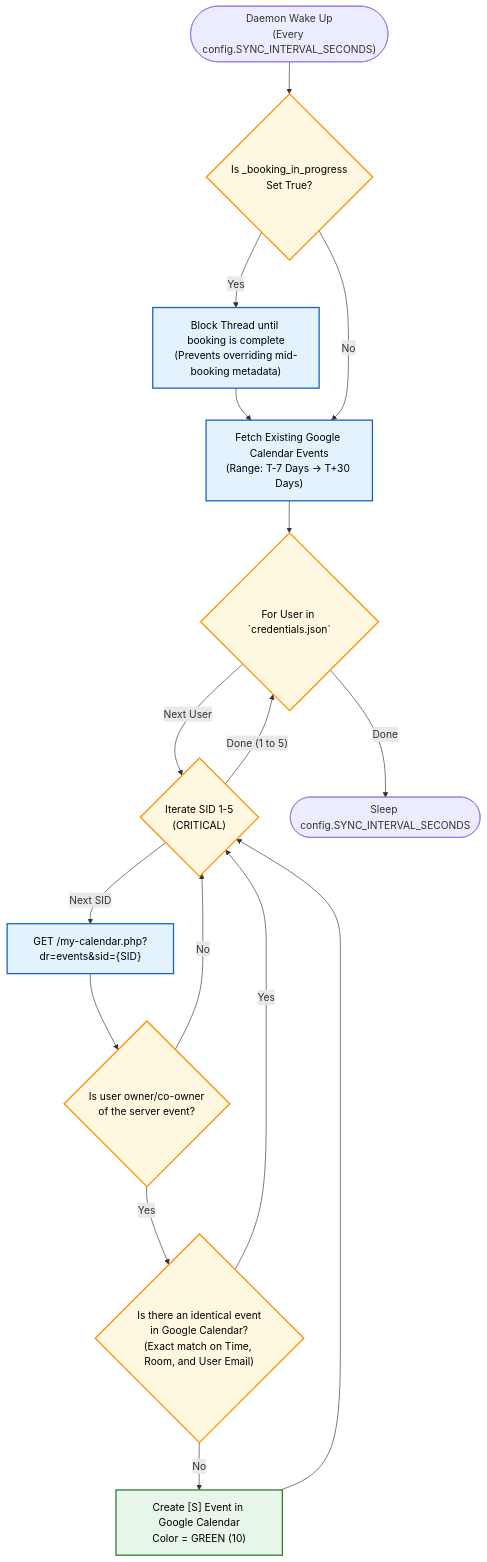
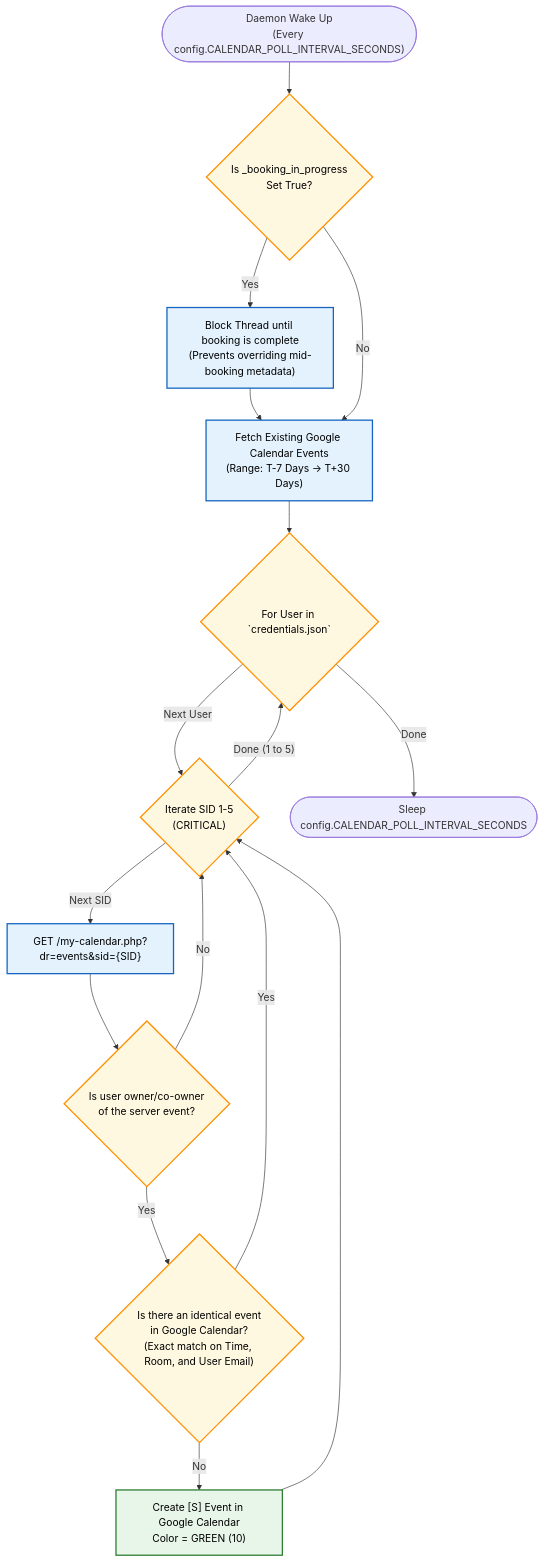
Before and after one commit to duck-5/BookingAgent: the second of 3 diagrams in docs/diagrams.md, drawn with Mermaid. The commit also changed other lines of this file and 1 other file, not shown here.

Commit message:
docs: update booking rules and architecture diagrams

````diff
--- a/docs/diagrams.md
+++ b/docs/diagrams.md
@@ -81,32 +81,32 @@
 ```mermaid
 flowchart TD
     %% --- STYLING ---
     classDef sync fill:#E8F5E9,stroke:#2E7D32,stroke-width:2px,color:#000;
     classDef decision fill:#FFF8E1,stroke:#FF8F00,stroke-width:2px,color:#000;
     classDef fetch fill:#E3F2FD,stroke:#1565C0,stroke-width:2px,color:#000;
 
-    Start(["Daemon Wake Up<br>(Every config.SYNC_INTERVAL_SECONDS)"]) --> CheckLock{"Is _booking_in_progress<br>Set True?"}:::decision
+    Start(["Daemon Wake Up<br>(Every config.CALENDAR_POLL_INTERVAL_SECONDS)"]) --> CheckLock{"Is _booking_in_progress<br>Set True?"}:::decision
     
     CheckLock -- Yes --> Pause["Block Thread until booking is complete<br>(Prevents overriding mid-booking metadata)"]:::fetch
     Pause --> FetchGCal
     
     CheckLock -- No --> FetchGCal["Fetch Existing Google Calendar Events<br>(Range: T-7 Days -> T+30 Days)"]:::fetch
     
     FetchGCal --> UserLoop{"For User in `credentials.json`"}:::decision
     
     UserLoop -- Next User --> SidLoop{"Iterate SID 1-5<br>(CRITICAL)"}:::decision
     
     SidLoop -- Next SID --> GET["GET /my-calendar.php?dr=events&sid={SID}"]:::fetch
     
     GET --> FilterMine{"Is user owner/co-owner<br>of the server event?"}:::decision
     FilterMine -- No --> SidLoop
     FilterMine -- Yes --> CheckDuplicate{"Is there an identical event<br>in Google Calendar?<br>(Exact match on Time, Room, and User Email)"}:::decision
     
     CheckDuplicate -- "Yes" --> SidLoop
     CheckDuplicate -- "No" --> AddSync["Create [S] Event in Google Calendar<br>Color = GREEN (10)"]:::sync
     
     AddSync --> SidLoop
     SidLoop -- "Done (1 to 5)" --> UserLoop
     
-    UserLoop -- "Done" --> End(["Sleep config.SYNC_INTERVAL_SECONDS"])
+    UserLoop -- "Done" --> End(["Sleep config.CALENDAR_POLL_INTERVAL_SECONDS"])
 ```
````
